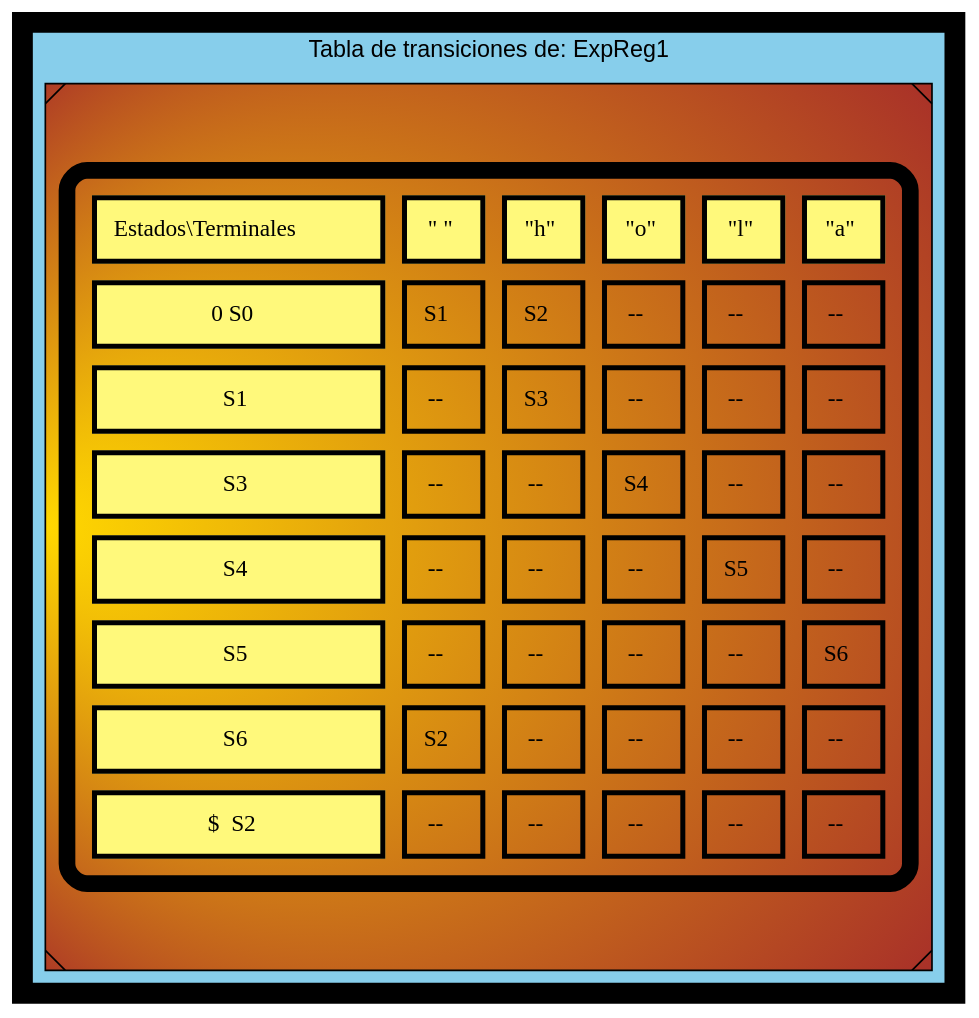
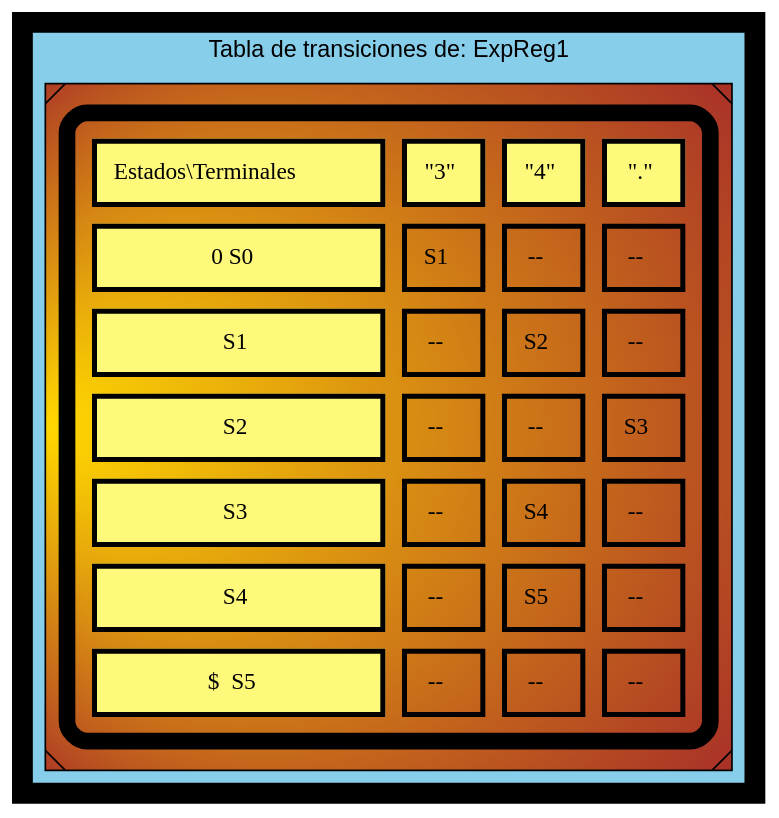
The diagram in TRANSICIONES_202000119/TransicionesExpReg1.dot (SergieArizandieta/OLC1-P1-202000119), drawn with Graphviz before and after one commit. The commit also changed 11 other files, not shown here.

```diff
--- a/TRANSICIONES_202000119/TransicionesExpReg1.dot
+++ b/TRANSICIONES_202000119/TransicionesExpReg1.dot
@@ -1,74 +1,52 @@
 digraph G { bgcolor="black"
    fontname="Helvetica,Arial,sans-serif"
   edge [fontname="Helvetica,Arial,sans-serif"]
   subgraph cluster1 {fillcolor="skyblue" style="filled"
   node [shape=Msquare fillcolor="gold:brown" style="radial" gradientangle=180]
   label = " Tabla de transiciones de: ExpReg1"
   a0 [label=<  
   <TABLE border="10" cellspacing="10" cellpadding="10" style="rounded" gradientangle="315">
   <TR>
       <TD border="3" bgcolor="#FFF97B">Estados\Terminales  </TD>
-      <TD border="3" bgcolor="#FFF97B">" "</TD>
-      <TD border="3" bgcolor="#FFF97B">"h"</TD>
-      <TD border="3" bgcolor="#FFF97B">"o"</TD>
-      <TD border="3" bgcolor="#FFF97B">"l"</TD>
-      <TD border="3" bgcolor="#FFF97B">"a"</TD>
+      <TD border="3" bgcolor="#FFF97B">"3"</TD>
+      <TD border="3" bgcolor="#FFF97B">"4"</TD>
+      <TD border="3" bgcolor="#FFF97B">"."</TD>
   </TR>
   <TR>
       <TD border="3" bgcolor="#FFF97B">0 S0</TD>
       <TD border="3" > S1</TD>
-      <TD border="3" > S2</TD>
-      <TD border="3" > -- </TD>
       <TD border="3" > -- </TD>
       <TD border="3" > -- </TD>
   </TR>
   <TR>
       <TD border="3" bgcolor="#FFF97B">S1</TD>
       <TD border="3" > -- </TD>
-      <TD border="3" > S3</TD>
+      <TD border="3" > S2</TD>
+      <TD border="3" > -- </TD>
+  </TR>
+  <TR>
+      <TD border="3" bgcolor="#FFF97B">S2</TD>
       <TD border="3" > -- </TD>
       <TD border="3" > -- </TD>
-      <TD border="3" > -- </TD>
+      <TD border="3" > S3</TD>
   </TR>
   <TR>
       <TD border="3" bgcolor="#FFF97B">S3</TD>
       <TD border="3" > -- </TD>
-      <TD border="3" > -- </TD>
       <TD border="3" > S4</TD>
-      <TD border="3" > -- </TD>
       <TD border="3" > -- </TD>
   </TR>
   <TR>
       <TD border="3" bgcolor="#FFF97B">S4</TD>
       <TD border="3" > -- </TD>
-      <TD border="3" > -- </TD>
-      <TD border="3" > -- </TD>
       <TD border="3" > S5</TD>
       <TD border="3" > -- </TD>
   </TR>
   <TR>
-      <TD border="3" bgcolor="#FFF97B">S5</TD>
-      <TD border="3" > -- </TD>
-      <TD border="3" > -- </TD>
-      <TD border="3" > -- </TD>
-      <TD border="3" > -- </TD>
-      <TD border="3" > S6</TD>
-  </TR>
-  <TR>
-      <TD border="3" bgcolor="#FFF97B">S6</TD>
-      <TD border="3" > S2</TD>
-      <TD border="3" > -- </TD>
-      <TD border="3" > -- </TD>
-      <TD border="3" > -- </TD>
-      <TD border="3" > -- </TD>
-  </TR>
-  <TR>
-      <TD border="3" bgcolor="#FFF97B">$  S2</TD>
-      <TD border="3" > -- </TD>
-      <TD border="3" > -- </TD>
+      <TD border="3" bgcolor="#FFF97B">$  S5</TD>
       <TD border="3" > -- </TD>
       <TD border="3" > -- </TD>
       <TD border="3" > -- </TD>
   </TR>
 
 </TABLE>>];}}
```
